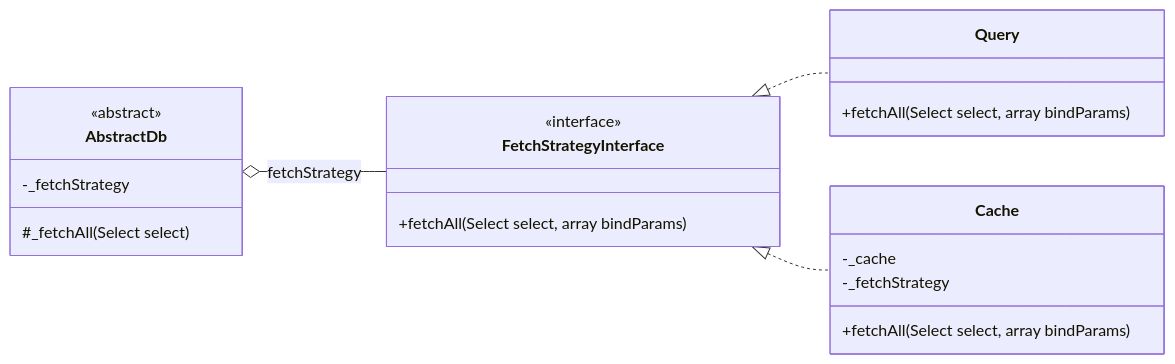
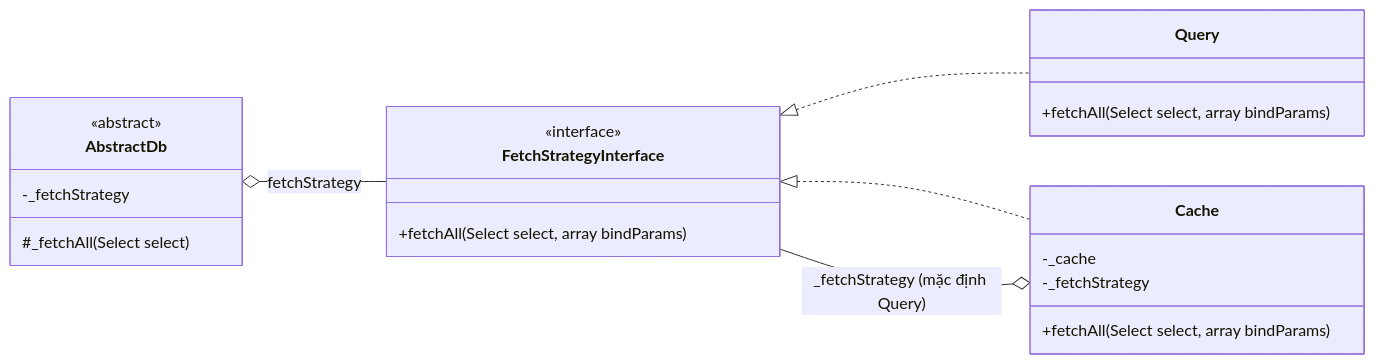
The diagram in Dev Docs/10. Magento/10. Knowledge Base/Architecture/SOLID principles & Patterns in Magento/Strategy Design Pattern.md (dpnam03/dev-doc), drawn with Mermaid before and after one commit. The commit also changed other lines of this file and 41 other files, not shown here.

First line of the commit message:
magento-base-knowledge-architecture - Review and fix Architecture docs against Magento 2.4.8-p5

````diff
--- a/Dev Docs/10. Magento/10. Knowledge Base/Architecture/SOLID principles & Patterns in Magento/Strategy Design Pattern.md
+++ b/Dev Docs/10. Magento/10. Knowledge Base/Architecture/SOLID principles & Patterns in Magento/Strategy Design Pattern.md
@@ -144,24 +144,25 @@
 ```mermaid
 classDiagram
     direction LR
     class AbstractDb {
         <<abstract>>
         -_fetchStrategy
         #_fetchAll(Select select)
     }
     class FetchStrategyInterface {
         <<interface>>
         +fetchAll(Select select, array bindParams)
     }
     class Query {
         +fetchAll(Select select, array bindParams)
     }
     class Cache {
         -_cache
         -_fetchStrategy
         +fetchAll(Select select, array bindParams)
     }
     AbstractDb o-- FetchStrategyInterface : fetchStrategy
     FetchStrategyInterface <|.. Query
     FetchStrategyInterface <|.. Cache
+    Cache o-- FetchStrategyInterface : _fetchStrategy (mặc định Query)
 ```
````
